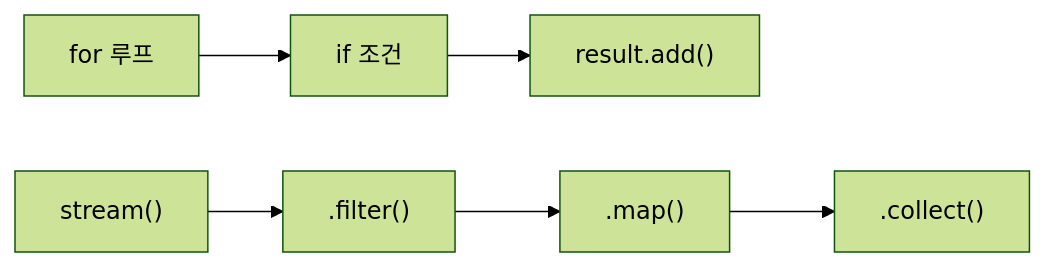
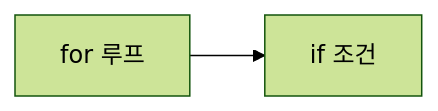
Before and after one commit to yjkim2015/yjkim2015.github.io: the first of 2 diagrams in _posts/java/2026-05-01-java-functional-programming.md, drawn with Mermaid (forest theme). The commit also changed 149 other files, not shown here.

First line of the commit message:
Mermaid 가독성 개선: 라벨 축약, 노드 축소, TD→LR 변환

````diff
--- a/_posts/java/2026-05-01-java-functional-programming.md
+++ b/_posts/java/2026-05-01-java-functional-programming.md
@@ -20,8 +20,4 @@
 ```mermaid
 graph LR
     A["for 루프"] --> B["if 조건"]
-    B --> C["result.add()"]
-    D["stream()"] --> E[".filter()"]
-    E --> F[".map()"]
-    F --> G[".collect()"]
 ```
````
